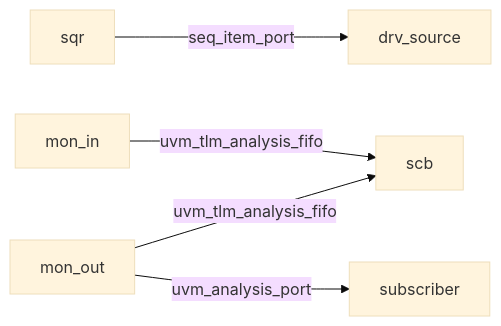
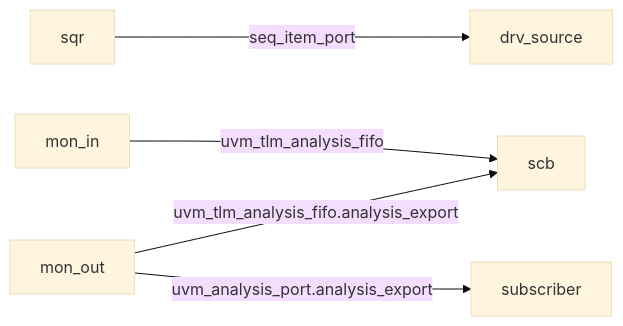
Before and after one commit to a5071250717/UVM_PRATICE: the third of 3 diagrams in RV_FIFO/README.md, drawn with Mermaid (base theme). The commit also changed other lines of this file, not shown here.

````diff
--- a/RV_FIFO/README.md
+++ b/RV_FIFO/README.md
@@ -65,7 +61,7 @@
 ```mermaid
 flowchart LR
 rv_sqr["sqr"] --> |seq_item_port|rv_drv_source["drv_source"]
 rv_mon_in["mon_in"] -->|uvm_tlm_analysis_fifo|rv_scb["scb"]
-rv_mon_out["mon_out"] -->|uvm_tlm_analysis_fifo|rv_scb["scb"]
-rv_mon_out["mon_out"] -->|uvm_analysis_port|rv_subscriber["subscriber"]
+rv_mon_out["mon_out"] -->|uvm_tlm_analysis_fifo.analysis_export|rv_scb["scb"]
+rv_mon_out["mon_out"] -->|uvm_analysis_port.analysis_export|rv_subscriber["subscriber"]
 ```
````
